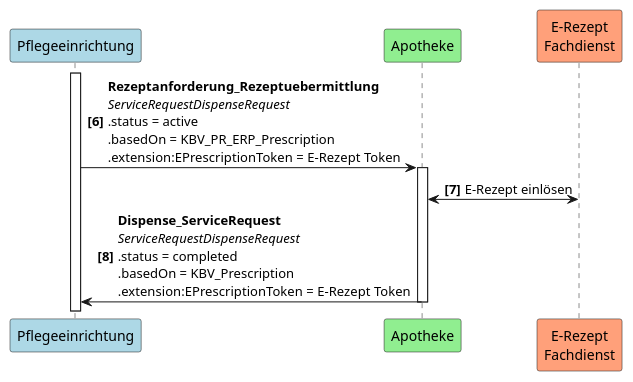
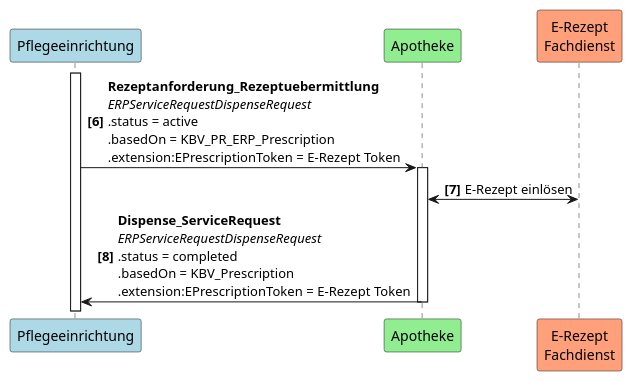
Before and after one commit to gematik/spec-E-Rezept-ServiceRequest: the diagram in Resources/puml/UC1_2.puml, drawn with PlantUML. The commit also changed 20 other files, not shown here.

Commit message:
Rename DispenseRequest

```diff
--- a/Resources/puml/UC1_2.puml
+++ b/Resources/puml/UC1_2.puml
@@ -1,11 +1,11 @@
 @startuml UC1_2
 autonumber 6 "<b>[0]"
 participant Pflegeeinrichtung as PE #LightBlue
 participant Apotheke as A #LightGreen
 participant "E-Rezept\nFachdienst" as FD #LightSalmon
 
 activate PE
-PE -> A++: <b>Rezeptanforderung_Rezeptuebermittlung \n<i>ServiceRequestDispenseRequest \n.status = active \n.basedOn = KBV_PR_ERP_Prescription \n.extension:EPrescriptionToken = E-Rezept Token
+PE -> A++: <b>Rezeptanforderung_Rezeptuebermittlung \n<i>ERPServiceRequestDispenseRequest \n.status = active \n.basedOn = KBV_PR_ERP_Prescription \n.extension:EPrescriptionToken = E-Rezept Token
 A <-> FD: E-Rezept einlösen
-A -> PE--: <b>Dispense_ServiceRequest \n<i>ServiceRequestDispenseRequest \n.status = completed \n.basedOn = KBV_Prescription \n.extension:EPrescriptionToken = E-Rezept Token
+A -> PE--: <b>Dispense_ServiceRequest \n<i>ERPServiceRequestDispenseRequest \n.status = completed \n.basedOn = KBV_Prescription \n.extension:EPrescriptionToken = E-Rezept Token
 @enduml
```
